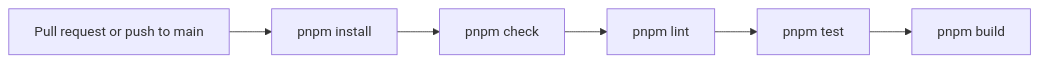
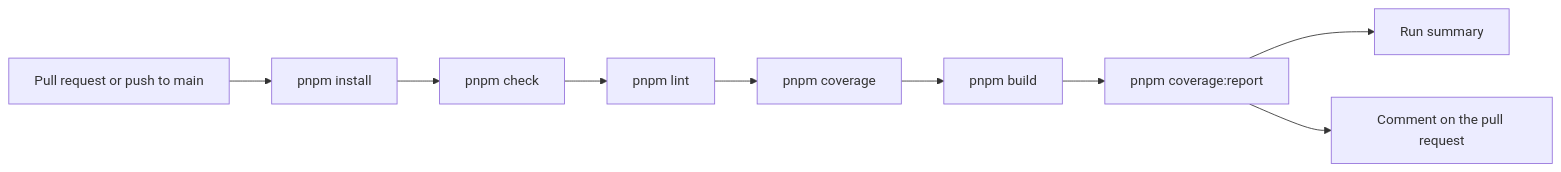
Before and after one commit to cristiadu/valheim-dashboard: diagram 20 of 20 in docs/architecture.md, drawn with Mermaid. The commit also changed other lines of this file and 21 other files, not shown here.

First line of the commit message:
CI: measure unit and integration test coverage of every project and report it on the run and the pull request

````diff
--- a/docs/architecture.md
+++ b/docs/architecture.md
@@ -481,4 +481,6 @@
 ```mermaid
 flowchart LR
-  pr[Pull request or push to main] --> install[pnpm install] --> check[pnpm check] --> lint[pnpm lint] --> test[pnpm test] --> build[pnpm build]
+  pr[Pull request or push to main] --> install[pnpm install] --> check[pnpm check] --> lint[pnpm lint] --> coverage[pnpm coverage] --> build[pnpm build] --> report[pnpm coverage:report]
+  report --> summary[Run summary]
+  report --> comment[Comment on the pull request]
 ```
````
